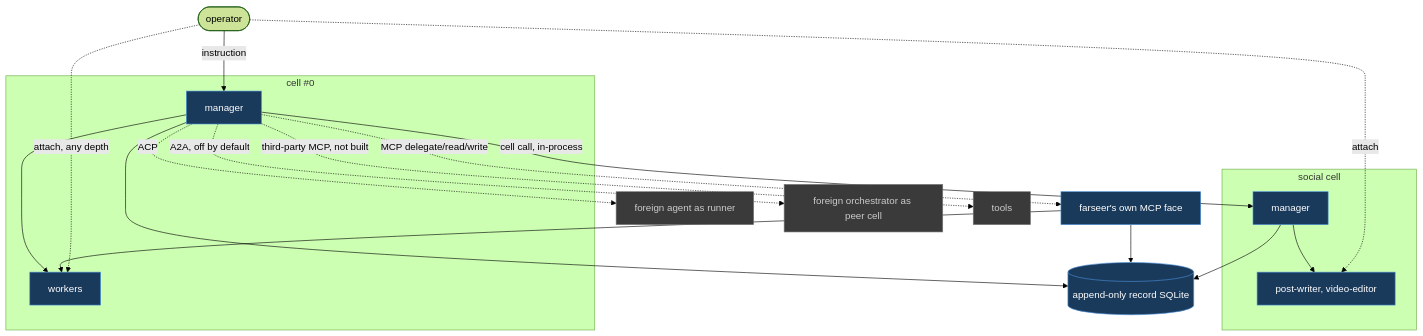
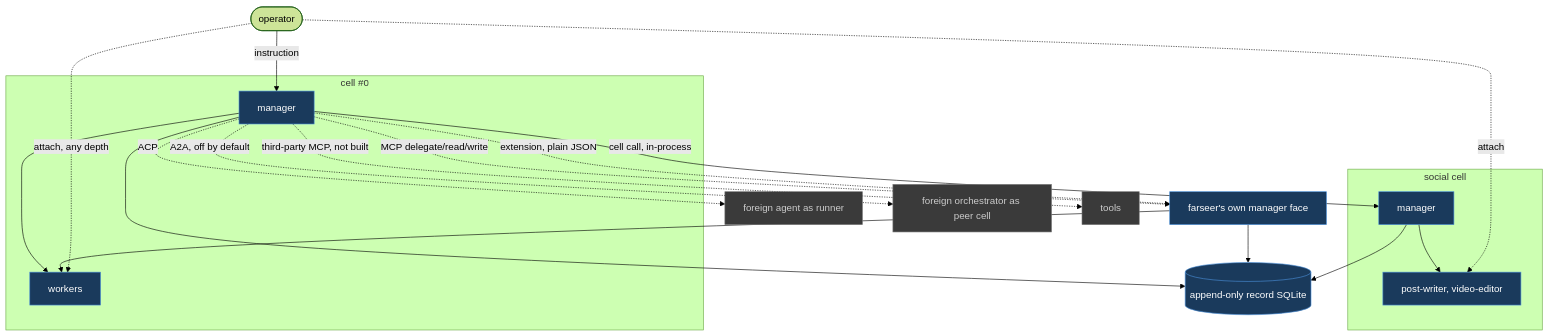
Before and after one commit to izanorshahril/farseer: the diagram in README.md, drawn with Mermaid (forest theme). The commit also changed other lines of this file and 10 other files, not shown here.

First line of the commit message:
Let a pi manager actually delegate

````diff
--- a/README.md
+++ b/README.md
@@ -25,34 +25,35 @@
 ```mermaid
 graph TD
   OP([operator]) -->|instruction| M0
 
   subgraph C0["cell #0"]
     M0[manager]
     W0[workers]
     M0 --> W0
   end
 
   subgraph CS["social cell"]
     MS[manager]
     WS[post-writer, video-editor]
     MS --> WS
   end
 
   M0 -->|cell call, in-process| MS
   M0 -.->|ACP| RUN[foreign agent as runner]
   M0 -.->|A2A, off by default| PEER[foreign orchestrator as peer cell]
   M0 -.->|third-party MCP, not built| TOOL[tools]
-  M0 -.->|MCP delegate/read/write| MCPFACE[farseer's own MCP face]
+  M0 -.->|MCP delegate/read/write| MCPFACE[farseer's own manager face]
+  M0 -.->|extension, plain JSON| MCPFACE
   MCPFACE --> W0
   MCPFACE --> REC
 
   M0 --> REC[(append-only record SQLite)]
   MS --> REC
   OP -.->|attach, any depth| W0
   OP -.->|attach| WS
 
   classDef core fill:#1a3a5c,stroke:#4a90d9,color:#fff
   classDef ext fill:#3a3a3a,stroke:#777,color:#ccc
   class M0,MS,W0,WS,REC,MCPFACE core
   class RUN,PEER,TOOL ext
 ```
````
